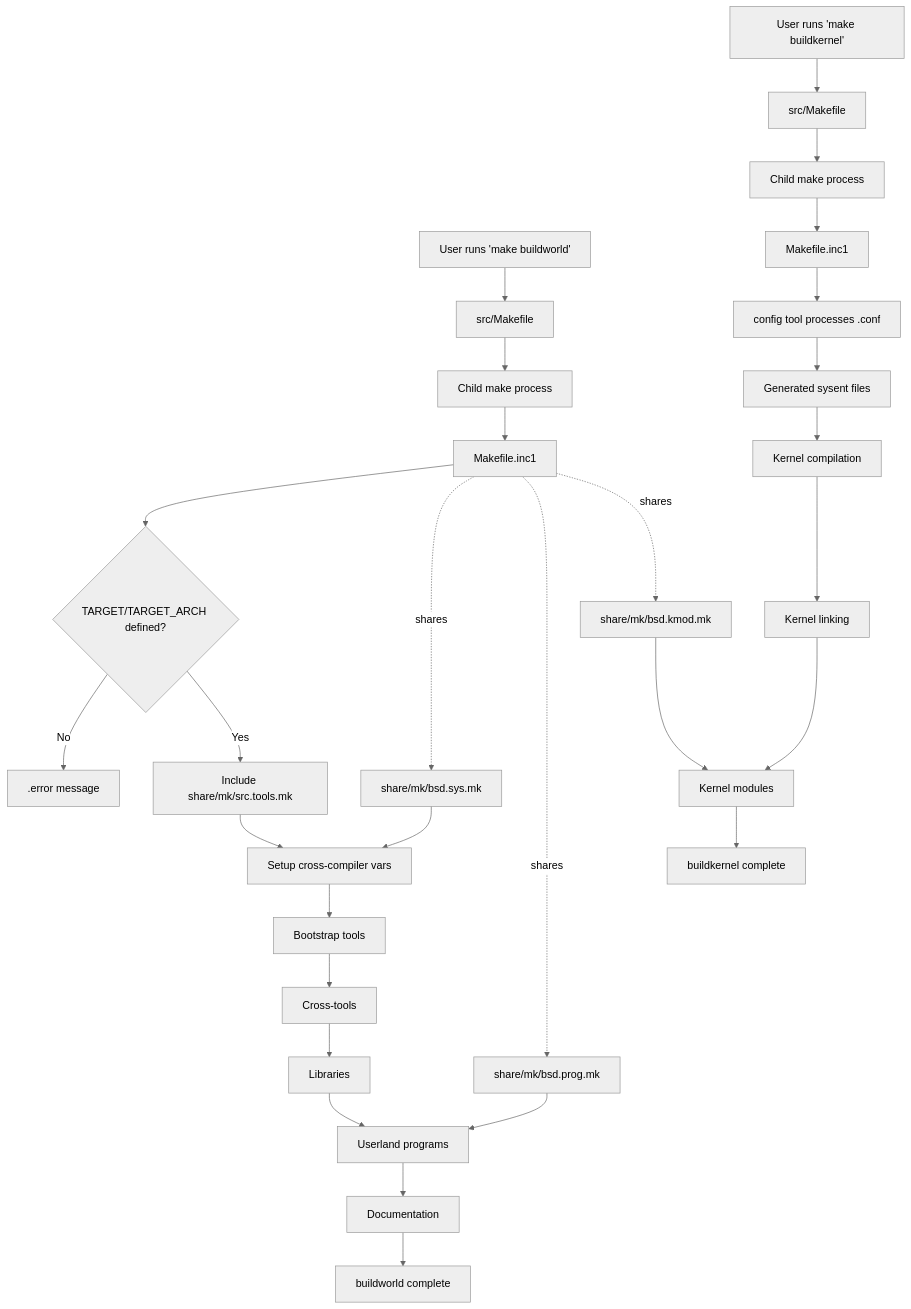
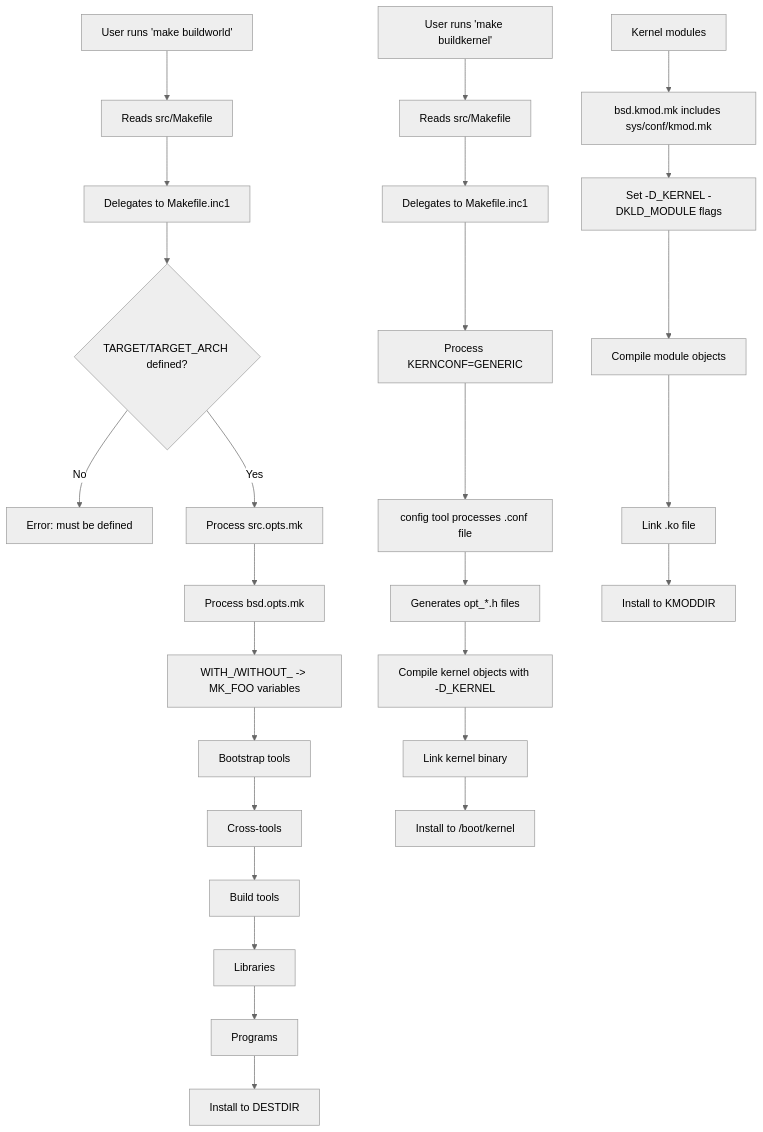
One commit to ocochard/freebsd-src changed the diagram in share/mk/README.md. Above: the diagram before and after it, drawn with Mermaid (neutral theme). The commit also changed other lines of this file and 25 other files, not shown here.

````diff
--- a/share/mk/README.md
+++ b/share/mk/README.md
@@ -179,33 +263,31 @@
 ```mermaid
 flowchart TD
-    A[User runs 'make buildworld'] --> B[src/Makefile]
-    B --> C[Child make process]
-    C --> D[Makefile.inc1]
-    D --> E{TARGET/TARGET_ARCH defined?}
-    E -->|No| F[.error message]
-    E -->|Yes| G[Include share/mk/src.tools.mk]
-    G --> H[Setup cross-compiler vars]
+    A[User runs 'make buildworld'] --> B[Reads src/Makefile]
+    B --> C[Delegates to Makefile.inc1]
+    C --> D{TARGET/TARGET_ARCH defined?}
+    D -->|No| E[Error: must be defined]
+    D -->|Yes| F[Process src.opts.mk]
+    F --> G[Process bsd.opts.mk]
+    G --> H[WITH_/WITHOUT_ -> MK_FOO variables]
     H --> I[Bootstrap tools]
     I --> J[Cross-tools]
-    J --> K[Libraries]
-    K --> L[Userland programs]
-    L --> M[Documentation]
-    M --> N[buildworld complete]
+    J --> K[Build tools]
+    K --> L[Libraries]
+    L --> M[Programs]
+    M --> N[Install to DESTDIR]
 
-    O[User runs 'make buildkernel'] --> P[src/Makefile]
-    P --> Q[Child make process]
-    Q --> R[Makefile.inc1]
-    R --> S[config tool processes .conf]
-    S --> T[Generated sysent files]
-    T --> U[Kernel compilation]
-    U --> V[Kernel linking]
-    V --> W[Kernel modules]
-    W --> X[buildkernel complete]
+    O[User runs 'make buildkernel'] --> P[Reads src/Makefile]
+    P --> Q[Delegates to Makefile.inc1]
+    Q --> R[Process KERNCONF=GENERIC]
+    R --> S[config tool processes .conf file]
+    S --> T[Generates opt_*.h files]
+    T --> U[Compile kernel objects with -D_KERNEL]
+    U --> V[Link kernel binary]
+    V --> W[Install to /boot/kernel]
 
-    D -.->|shares| D2[share/mk/bsd.sys.mk]
-    D -.->|shares| D3[share/mk/bsd.prog.mk]
-    D -.->|shares| D4[share/mk/bsd.kmod.mk]
-    D2 --> H
-    D3 --> L
-    D4 --> W
+    Y[Kernel modules] --> Z[bsd.kmod.mk includes sys/conf/kmod.mk]
+    Z --> AA[Set -D_KERNEL -DKLD_MODULE flags]
+    AA --> AB[Compile module objects]
+    AB --> AC[Link .ko file]
+    AC --> AD[Install to KMODDIR]
 ```
````
